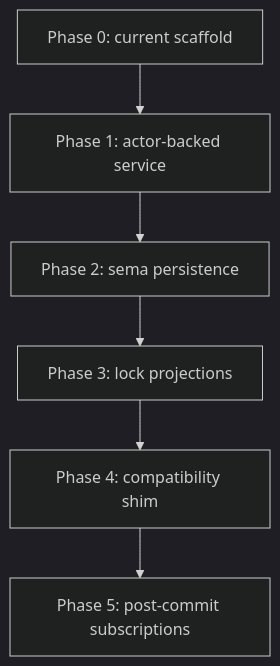
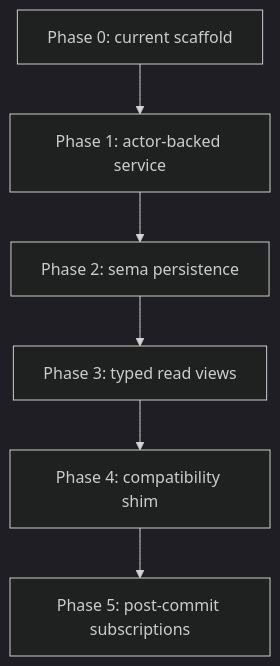
One commit to LiGoldragon/primary changed diagram 23 of 24 in reports/operator/101-persona-mind-full-architecture-proposal.md. Above: the diagram before and after it, drawn with Mermaid (dark theme). The commit also changed other lines of this file, not shown here.

Commit message:
expand persona-mind actor architecture visuals

````diff
--- a/reports/operator/101-persona-mind-full-architecture-proposal.md
+++ b/reports/operator/101-persona-mind-full-architecture-proposal.md
@@ -513,8 +860,8 @@
 ```mermaid
 flowchart TB
     p0["Phase 0: current scaffold"] --> p1["Phase 1: actor-backed service"]
     p1 --> p2["Phase 2: sema persistence"]
-    p2 --> p3["Phase 3: lock projections"]
+    p2 --> p3["Phase 3: typed read views"]
     p3 --> p4["Phase 4: compatibility shim"]
     p4 --> p5["Phase 5: post-commit subscriptions"]
 ```
````
